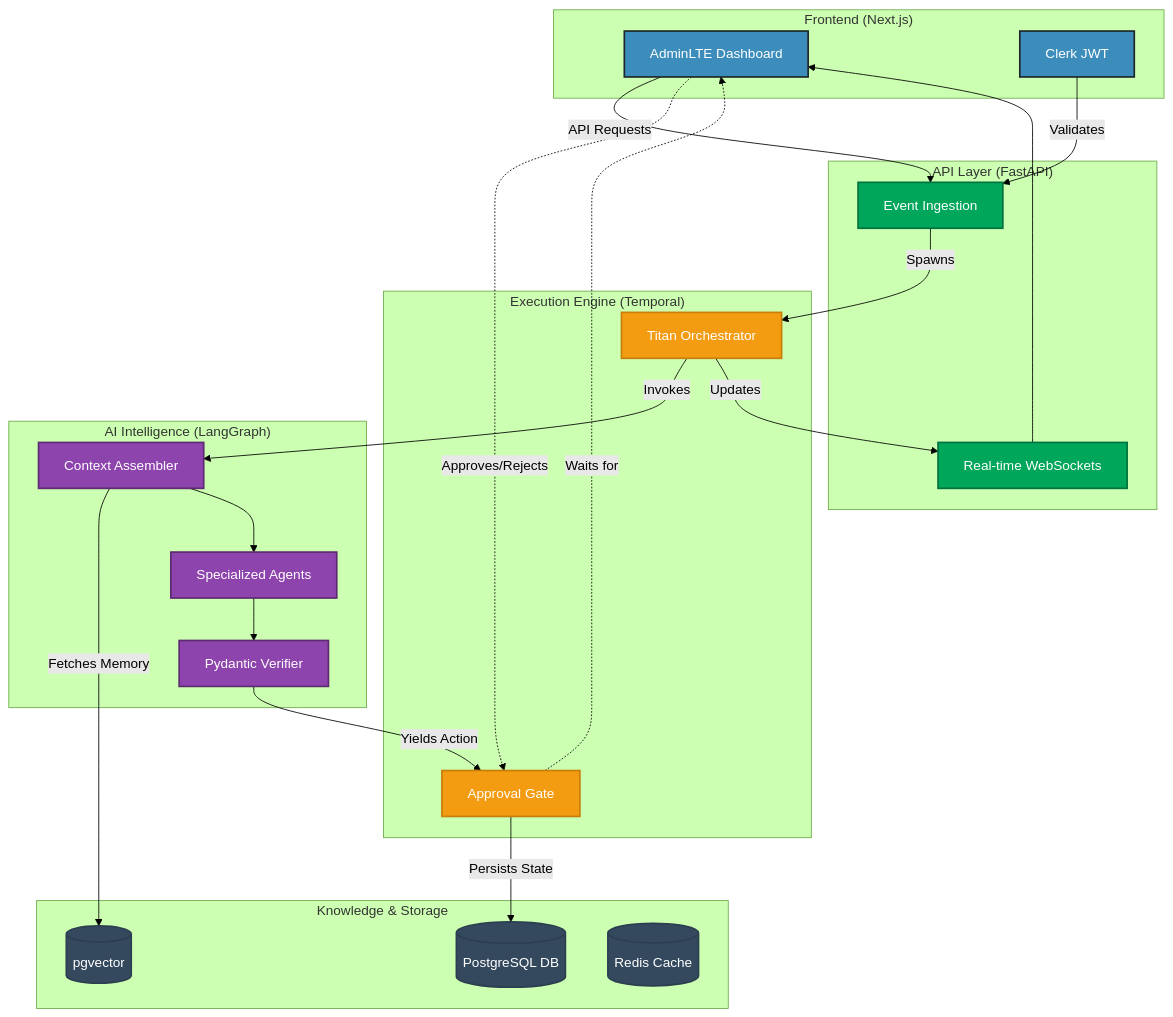
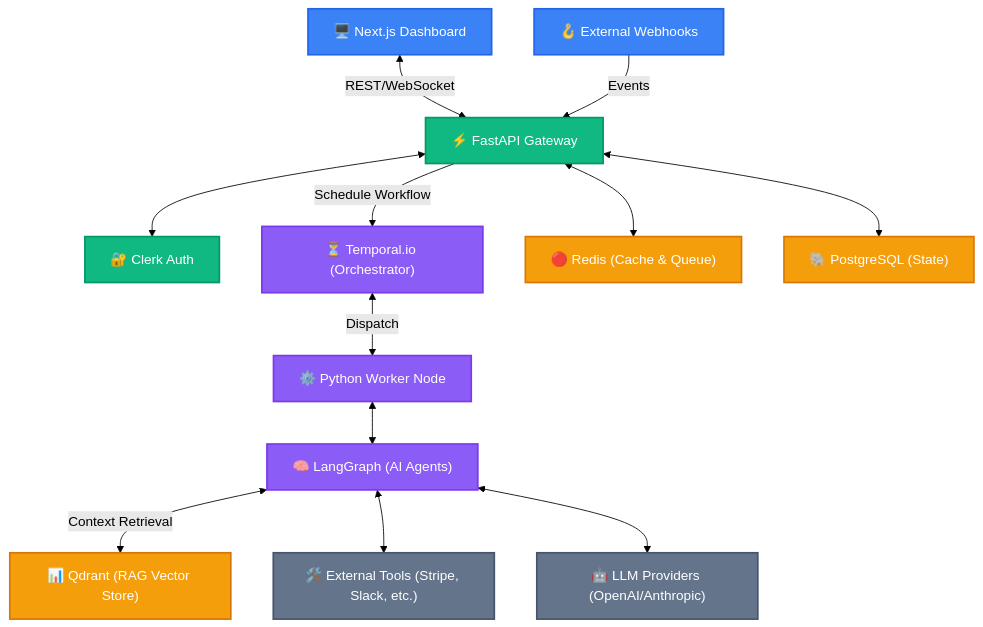
The diagram in README.md (arslanvuzmal/Titan), drawn with Mermaid (forest theme) before and after one commit. The commit also changed other lines of this file and 208 other files, not shown here.

Commit message:
fix: remove Clerk auth dependency for portfolio demo deployment

````diff
--- a/README.md
+++ b/README.md
@@ -38,54 +20,47 @@
 ```mermaid
 graph TD
-    %% Define Styles
-    classDef frontend fill:#3c8dbc,stroke:#1e282c,stroke-width:2px,color:#fff
-    classDef api fill:#00a65a,stroke:#00733e,stroke-width:2px,color:#fff
-    classDef workflow fill:#f39c12,stroke:#c87f0a,stroke-width:2px,color:#fff
-    classDef ai fill:#8e44ad,stroke:#5e2a73,stroke-width:2px,color:#fff
-    classDef db fill:#34495e,stroke:#2c3e50,stroke-width:2px,color:#fff
+    %% Define styles
+    classDef client fill:#3b82f6,stroke:#2563eb,stroke-width:2px,color:white;
+    classDef api fill:#10b981,stroke:#059669,stroke-width:2px,color:white;
+    classDef core fill:#8b5cf6,stroke:#7c3aed,stroke-width:2px,color:white;
+    classDef data fill:#f59e0b,stroke:#d97706,stroke-width:2px,color:white;
+    classDef ext fill:#64748b,stroke:#475569,stroke-width:2px,color:white;
 
-    subgraph "Frontend (Next.js)"
-        UI[AdminLTE Dashboard]:::frontend
-        Auth[Clerk JWT]:::frontend
-    end
+    %% Client Layer
+    Dashboard["🖥️ Next.js Dashboard"]:::client
+    Webhooks["🪝 External Webhooks"]:::client
 
-    subgraph "API Layer (FastAPI)"
-        Ingest[Event Ingestion]:::api
-        WS[Real-time WebSockets]:::api
-    end
+    %% API Layer
+    FastAPI["⚡ FastAPI Gateway"]:::api
+    Auth["🔐 Clerk Auth"]:::api
 
-    subgraph "Execution Engine (Temporal)"
-        Orchestrator[Titan Orchestrator]:::workflow
-        HITL[Approval Gate]:::workflow
-    end
+    %% Core AI & Orchestration Layer
+    Temporal["⏳ Temporal.io (Orchestrator)"]:::core
+    LangGraph["🧠 LangGraph (AI Agents)"]:::core
+    Worker["⚙️ Python Worker Node"]:::core
 
-    subgraph "AI Intelligence (LangGraph)"
-        Context[Context Assembler]:::ai
-        Agents[Specialized Agents]:::ai
-        Verifier[Pydantic Verifier]:::ai
-    end
+    %% Data Layer
+    Redis["🔴 Redis (Cache & Queue)"]:::data
+    Postgres["🐘 PostgreSQL (State)"]:::data
+    VectorDB["📊 Qdrant (RAG Vector Store)"]:::data
 
-    subgraph "Knowledge & Storage"
-        Prisma[(PostgreSQL DB)]:::db
-        Vector[(pgvector)]:::db
-        Redis[(Redis Cache)]:::db
-    end
+    %% External
+    LLM["🤖 LLM Providers (OpenAI/Anthropic)"]:::ext
+    Tools["🛠️ External Tools (Stripe, Slack, etc.)"]:::ext
 
-    %% Flow
-    UI -->|API Requests| Ingest
-    Auth -->|Validates| Ingest
-    Ingest -->|Spawns| Orchestrator
+    %% Connections
+    Dashboard <-->|REST/WebSocket| FastAPI
+    Webhooks -->|Events| FastAPI
+    FastAPI <--> Auth
     
-    Orchestrator -->|Invokes| Context
-    Context -->|Fetches Memory| Vector
-    Context --> Agents
-    Agents --> Verifier
-    Verifier -->|Yields Action| HITL
+    FastAPI -->|Schedule Workflow| Temporal
+    FastAPI <--> Redis
+    FastAPI <--> Postgres
     
-    HITL -.->|Waits for| UI
-    UI -.->|Approves/Rejects| HITL
+    Temporal <-->|Dispatch| Worker
+    Worker <--> LangGraph
     
-    HITL -->|Persists State| Prisma
-    Orchestrator -->|Updates| WS
-    WS --> UI
+    LangGraph <-->|Context Retrieval| VectorDB
+    LangGraph <--> Tools
+    LangGraph <--> LLM
 ```
````
